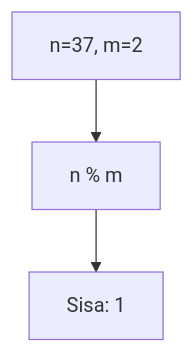
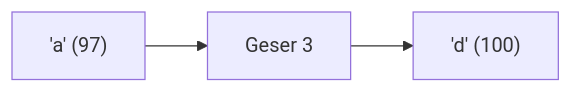
Before and after one commit to amnahwaida/OSNK_INF_PREP: diagram 16 of 25 in part-c-pemahaman-cpp/01-tipe-data/latihan/set-11.md, drawn with Mermaid. The commit also changed other lines of this file and 71 other files, not shown here.

````diff
--- a/part-c-pemahaman-cpp/01-tipe-data/latihan/set-11.md
+++ b/part-c-pemahaman-cpp/01-tipe-data/latihan/set-11.md
@@ -432,5 +449,5 @@
 ```mermaid
-graph TD
-A["n=37, m=2"] --> B["n % m"]
-B --> C["Sisa: 1"]
+graph LR
+A["'a' (97)"] --> B["Geser 3"]
+B --> C["'d' (100)"]
 ```
````
